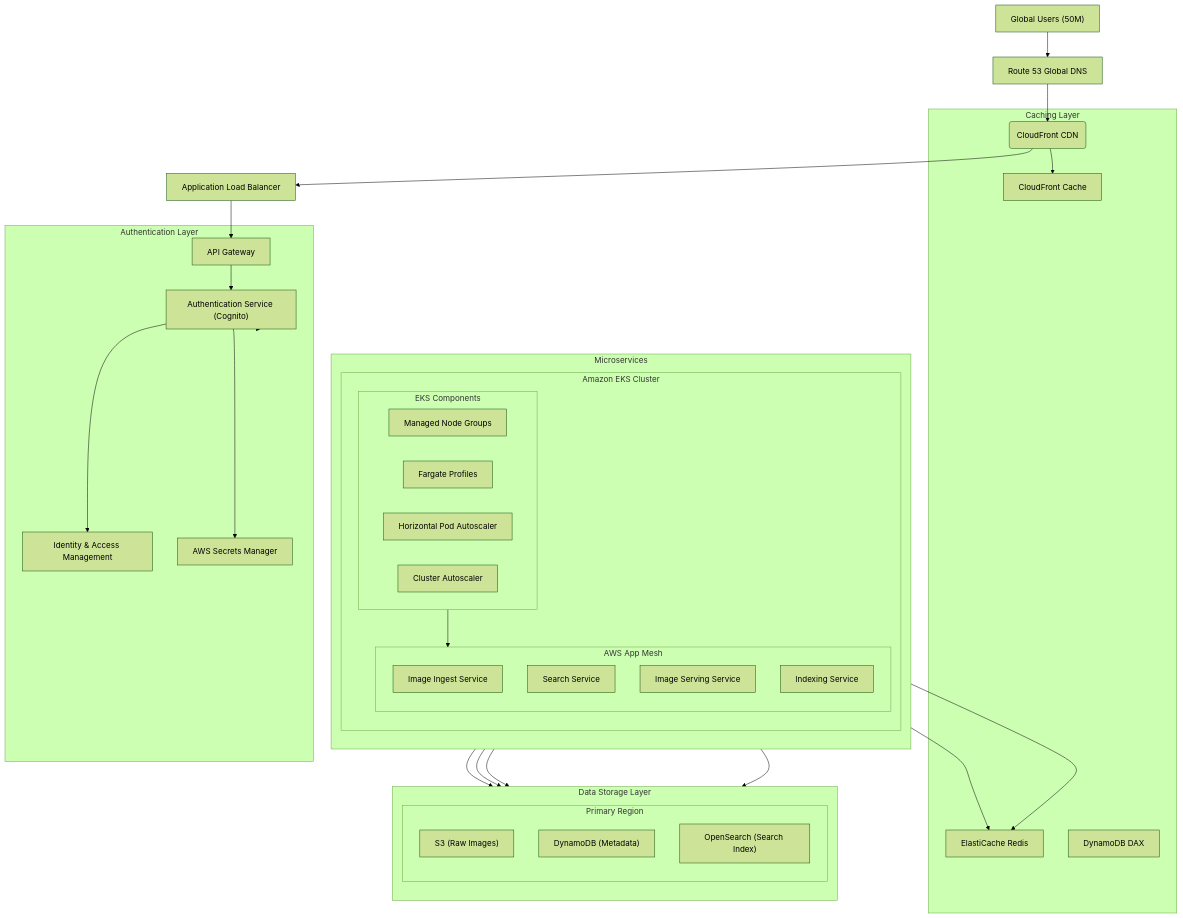
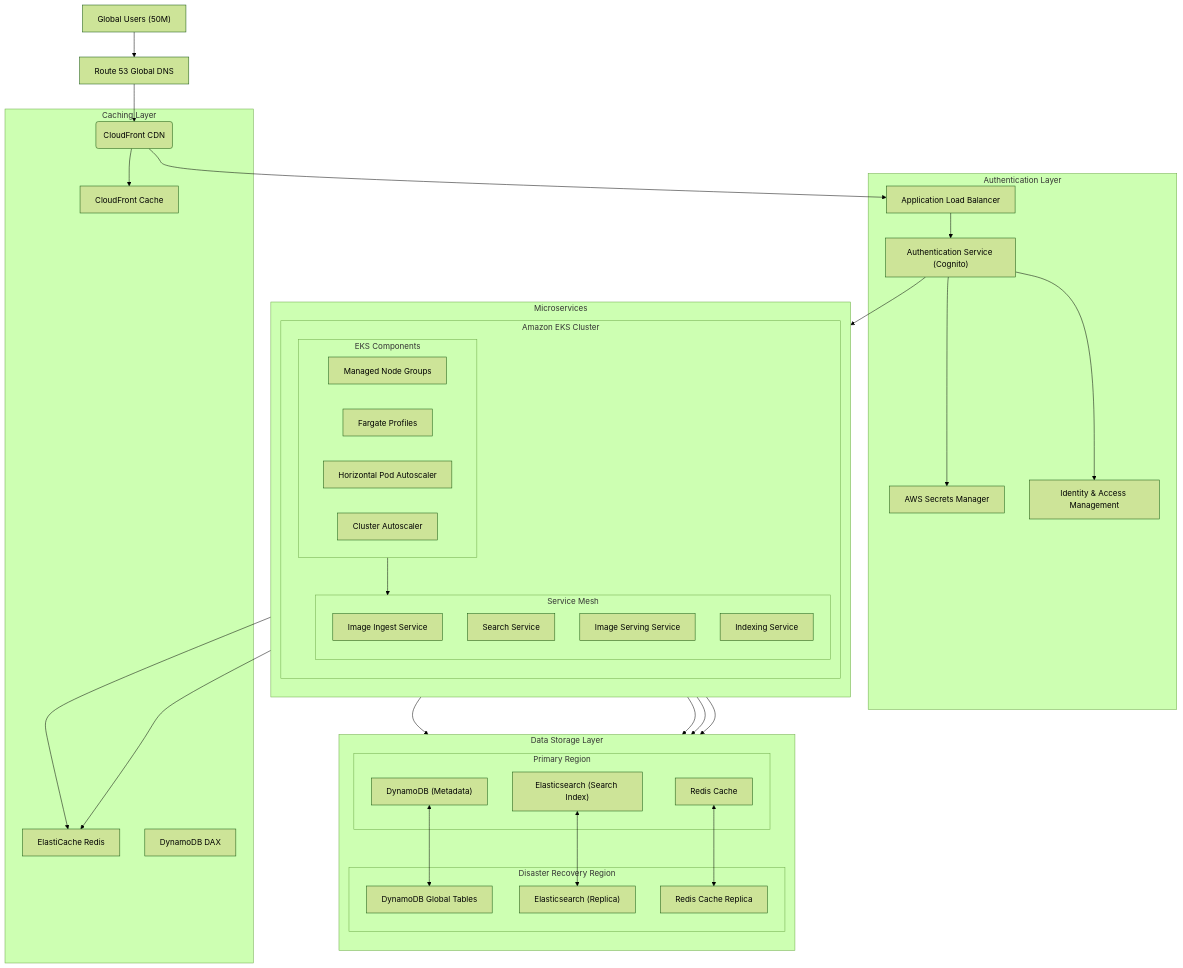
The sixth of 15 diagrams in README.md (thezeeshanasghar/sandu), drawn with Mermaid (forest theme) before and after one commit. The commit also changed other lines of this file, not shown here.

````diff
--- a/README.md
+++ b/README.md
@@ -238,59 +245,67 @@
 ```mermaid
 flowchart TD
     Users["Global Users (50M)"] --> Route53["Route 53 Global DNS"]
     Route53 --> CDN("CloudFront CDN")
     CDN --> ALB["Application Load Balancer"]
-    ALB --> APIGateway["API Gateway"]
     
     subgraph Auth["Authentication Layer"]
-        APIGateway --> AuthService["Authentication Service (Cognito)"]
+        ALB --> AuthService["Authentication Service (Cognito)"]
         AuthService --> IAM["Identity & Access Management"]
         AuthService --> SecretsManager["AWS Secrets Manager"]
     end
     
     subgraph ApplicationLayer["Microservices"]
         direction TB
         subgraph EKSCluster["Amazon EKS Cluster"]
-            subgraph ServiceMesh["AWS App Mesh"]
+            subgraph ServiceMesh["Service Mesh"]
                 ImageIngest["Image Ingest Service"]
                 SearchService["Search Service"]
                 ImageServing["Image Serving Service"]
                 IndexingService["Indexing Service"]
             end
             
             subgraph EKSComponents["EKS Components"]
                 NodeGroups["Managed Node Groups"]
                 FargateProfiles["Fargate Profiles"]
                 HPA["Horizontal Pod Autoscaler"]
                 CA["Cluster Autoscaler"]
             end
         end
         
         AuthService --> ServiceMesh
         EKSComponents --> ServiceMesh
     end
     
     subgraph CacheLayer["Caching Layer"]
         ElastiCache["ElastiCache Redis"]
         CloudFrontCache["CloudFront Cache"]
         DAXCache["DynamoDB DAX"]
         
         ImageServing --> ElastiCache
         SearchService --> ElastiCache
         CDN --> CloudFrontCache
     end
     
     subgraph DataStorage["Data Storage Layer"]
         direction TB
         subgraph Primary["Primary Region"]
-            S3Primary["S3 (Raw Images)"]
             DDBPrimary["DynamoDB (Metadata)"]
-            ESPrimary["OpenSearch (Search Index)"]
+            ESPrimary["Elasticsearch (Search Index)"]
+            CachePrimary["Redis Cache"]
         end
         
-        ImageIngest --> S3Primary
+        subgraph DR["Disaster Recovery Region"]
+            DDBDR["DynamoDB Global Tables"]
+            ESDR["Elasticsearch (Replica)"]
+            CacheDR["Redis Cache Replica"]
+        end
+        
+        ImageIngest --> DDBPrimary
         SearchService --> ESPrimary
-        ImageServing --> S3Primary
+        ImageServing --> DDBPrimary
         IndexingService --> ESPrimary
+        DDBPrimary <--> DDBDR
+        ESPrimary <--> ESDR
+        CachePrimary <--> CacheDR
     end
 ```
````
